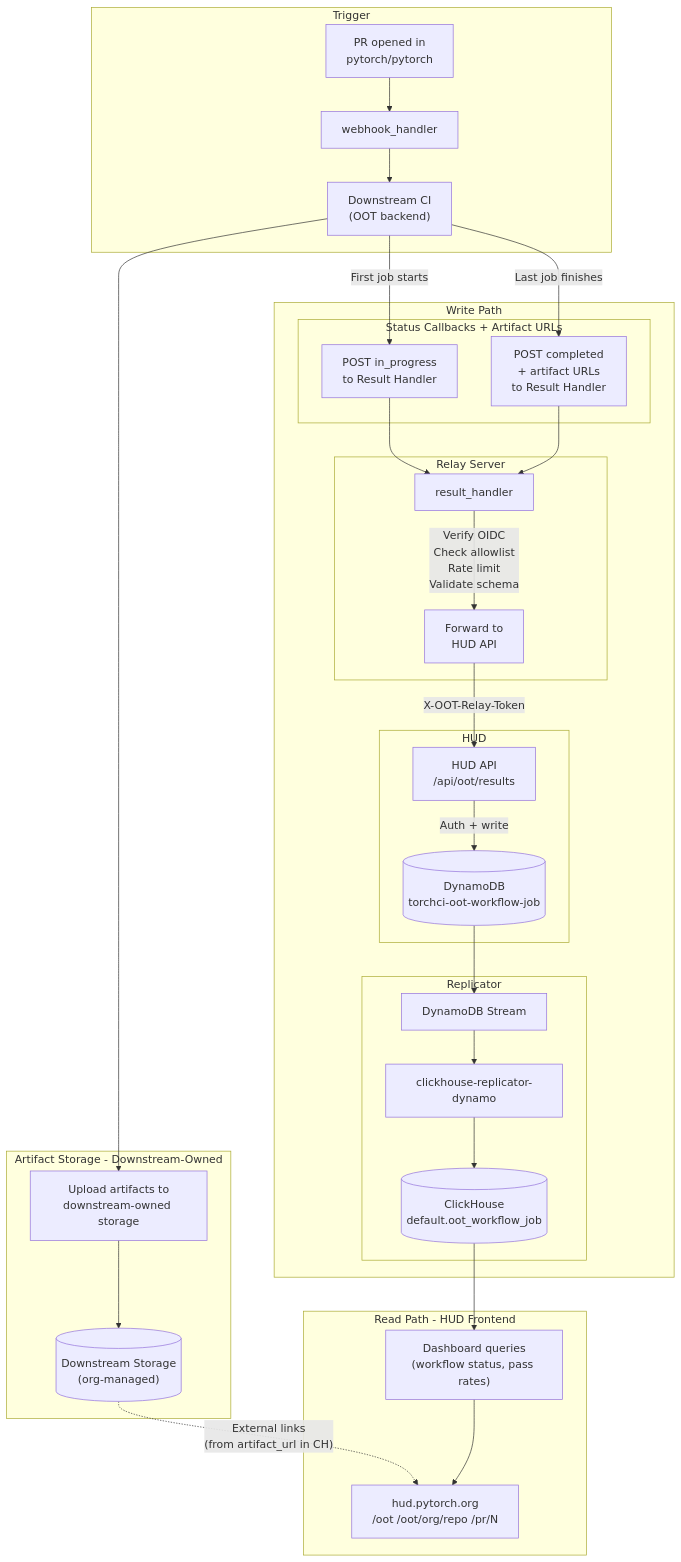
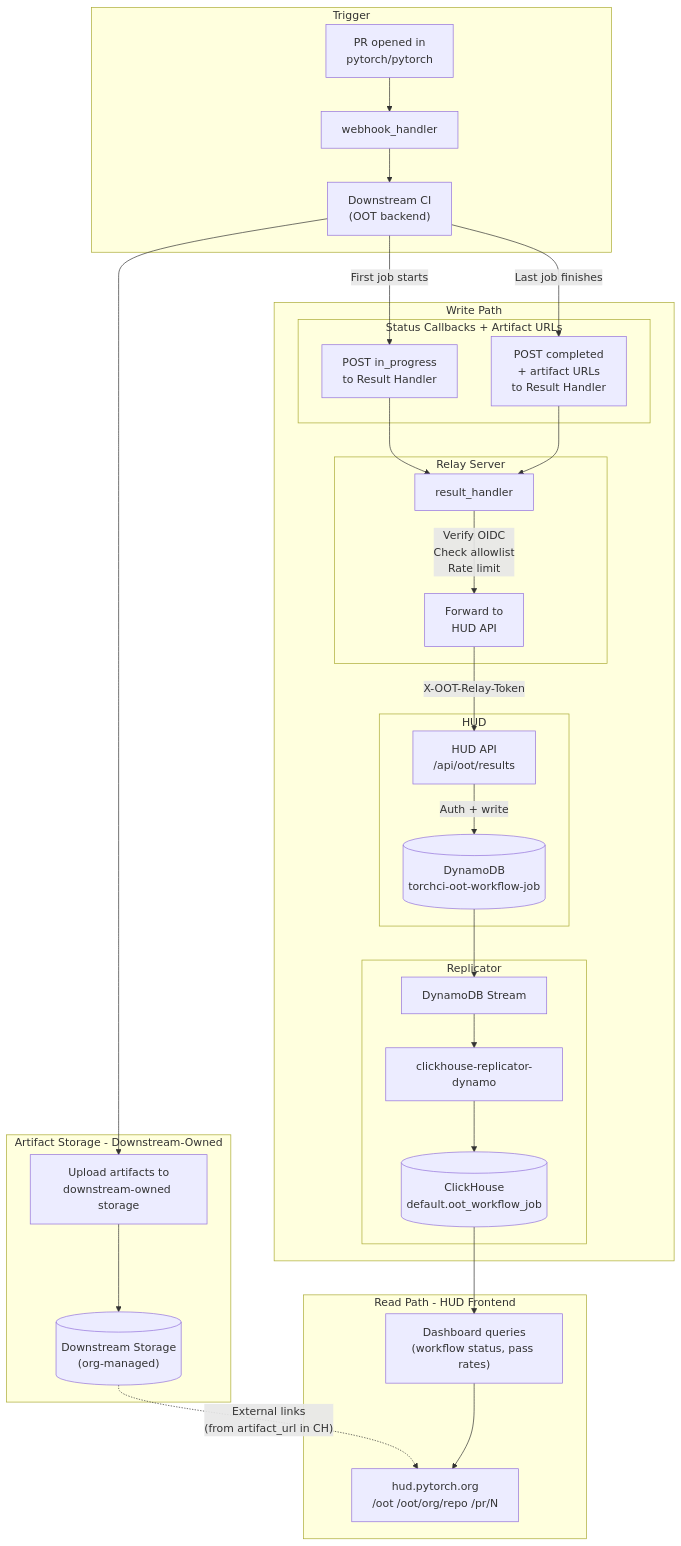
Before and after one commit to pytorch/rfcs: the diagram in RFC-0054-HUD-Integration-for-Out-of-Tree-CI-Results.md, drawn with Mermaid. The commit also changed other lines of this file, not shown here.

````diff
--- a/RFC-0054-HUD-Integration-for-Out-of-Tree-CI-Results.md
+++ b/RFC-0054-HUD-Integration-for-Out-of-Tree-CI-Results.md
@@ -57,43 +57,43 @@
 ```mermaid
 flowchart TD
     subgraph trigger [Trigger]
         PR["PR opened in\npytorch/pytorch"]
         PR --> WH[webhook_handler]
         WH --> DS["Downstream CI\n(OOT backend)"]
     end
 
     subgraph writePath [Write Path]
         subgraph callbacks [Status Callbacks + Artifact URLs]
             DS -->|"First job starts"| CB1["POST in_progress\nto Result Handler"]
             DS -->|"Last job finishes"| CB2["POST completed\n+ artifact URLs\nto Result Handler"]
         end
 
         subgraph relay [Relay Server]
             CB1 --> RH[result_handler]
             CB2 --> RH
-            RH -->|"Verify OIDC\nCheck allowlist\nRate limit\nValidate schema"| FWD["Forward to\nHUD API"]
+            RH -->|"Verify OIDC\nCheck allowlist\nRate limit"| FWD["Forward to\nHUD API"]
         end
 
         subgraph hud [HUD]
             FWD -->|"X-OOT-Relay-Token"| API["HUD API\n/api/oot/results"]
             API -->|"Auth + write"| DDB[("DynamoDB\ntorchci-oot-workflow-job")]
         end
 
         subgraph replicator [Replicator]
             DDB --> STREAM["DynamoDB Stream"]
             STREAM --> REP["clickhouse-replicator-dynamo"]
             REP --> CH[("ClickHouse\ndefault.oot_workflow_job")]
         end
     end
 
     subgraph artifacts [Artifact Storage - Downstream-Owned]
         DS --> ARTUP["Upload artifacts to\ndownstream-owned storage"]
         ARTUP --> STORE[("Downstream Storage\n(org-managed)")]
     end
 
     subgraph readPath [Read Path - HUD Frontend]
         CH --> DASH["Dashboard queries\n(workflow status, pass rates)"]
         STORE -.->|"External links\n(from artifact_url in CH)"| HUDFE
         DASH --> HUDFE["hud.pytorch.org\n/oot  /oot/org/repo  /pr/N"]
     end
 ```
````
